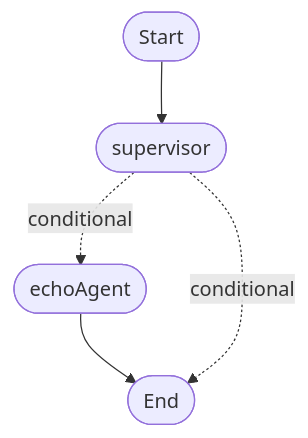
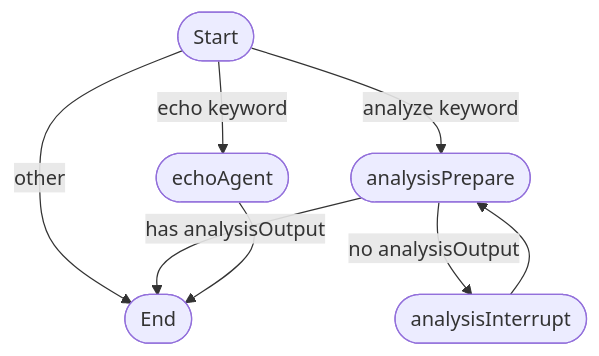
The diagram in docs/agent_graph.md (slior/archie), drawn with Mermaid before and after one commit. The commit also changed other lines of this file and 3 other files, not shown here.

````diff
--- a/docs/agent_graph.md
+++ b/docs/agent_graph.md
@@ -10,11 +10,15 @@
 ```mermaid
 graph TD;
-    __start__([Start]);
-    supervisor([supervisor]);
+    START([Start]);
+    analysisPrepare([analysisPrepare]);
+    analysisInterrupt([analysisInterrupt]);
     echoAgent([echoAgent]);
-    __end__([End]);
-    __start__ --> supervisor;
-    echoAgent --> __end__;
-    supervisor -.->|conditional| echoAgent;
-    supervisor -.->|conditional| __end__;
+    END([End]);
+    START -- "analyze" keyword --> analysisPrepare;
+    START -- "echo" keyword --> echoAgent;
+    START -- other --> END;
+    analysisPrepare -- has analysisOutput --> END;
+    analysisPrepare -- no analysisOutput --> analysisInterrupt;
+    analysisInterrupt --> analysisPrepare;
+    echoAgent --> END;
 ```
````
